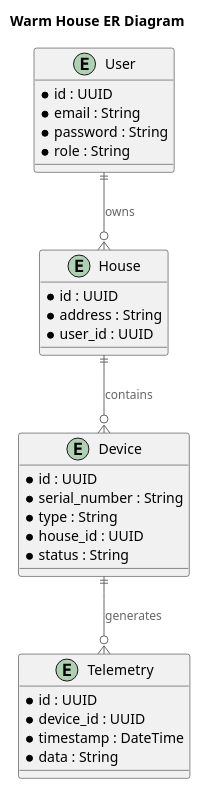
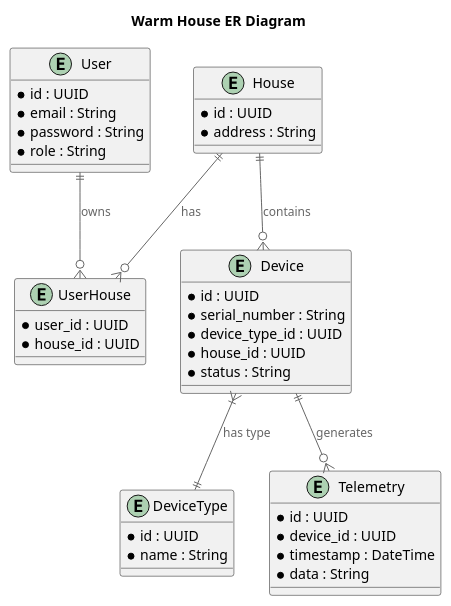
The diagram in diagrams/er.puml (ksayer/architecture-sprint-3), drawn with PlantUML before and after one commit. The commit also changed 1 other file, not shown here.

```diff
--- a/diagrams/er.puml
+++ b/diagrams/er.puml
@@ -1,38 +1,50 @@
 @startuml
 !includeurl https://raw.githubusercontent.com/RicardoNiepel/C4-PlantUML/master/C4_Component.puml
 
 title Warm House ER Diagram
 
 entity User {
   * id : UUID
   * email : String
   * password : String
   * role : String
 }
 
 entity House {
   * id : UUID
   * address : String
+}
+
+entity UserHouse {
   * user_id : UUID
+  * house_id : UUID
+}
+
+entity DeviceType {
+  * id : UUID
+  * name : String
 }
 
 entity Device {
   * id : UUID
   * serial_number : String
-  * type : String
+  * device_type_id : UUID
   * house_id : UUID
   * status : String
 }
 
 entity Telemetry {
   * id : UUID
   * device_id : UUID
   * timestamp : DateTime
   * data : String
 }
 
-User ||--o{ House : owns
+User ||--o{ UserHouse : owns
+House ||--o{ UserHouse : has
+
 House ||--o{ Device : contains
+Device }|--|| DeviceType : "has type"
 Device ||--o{ Telemetry : generates
 
 @enduml
```
